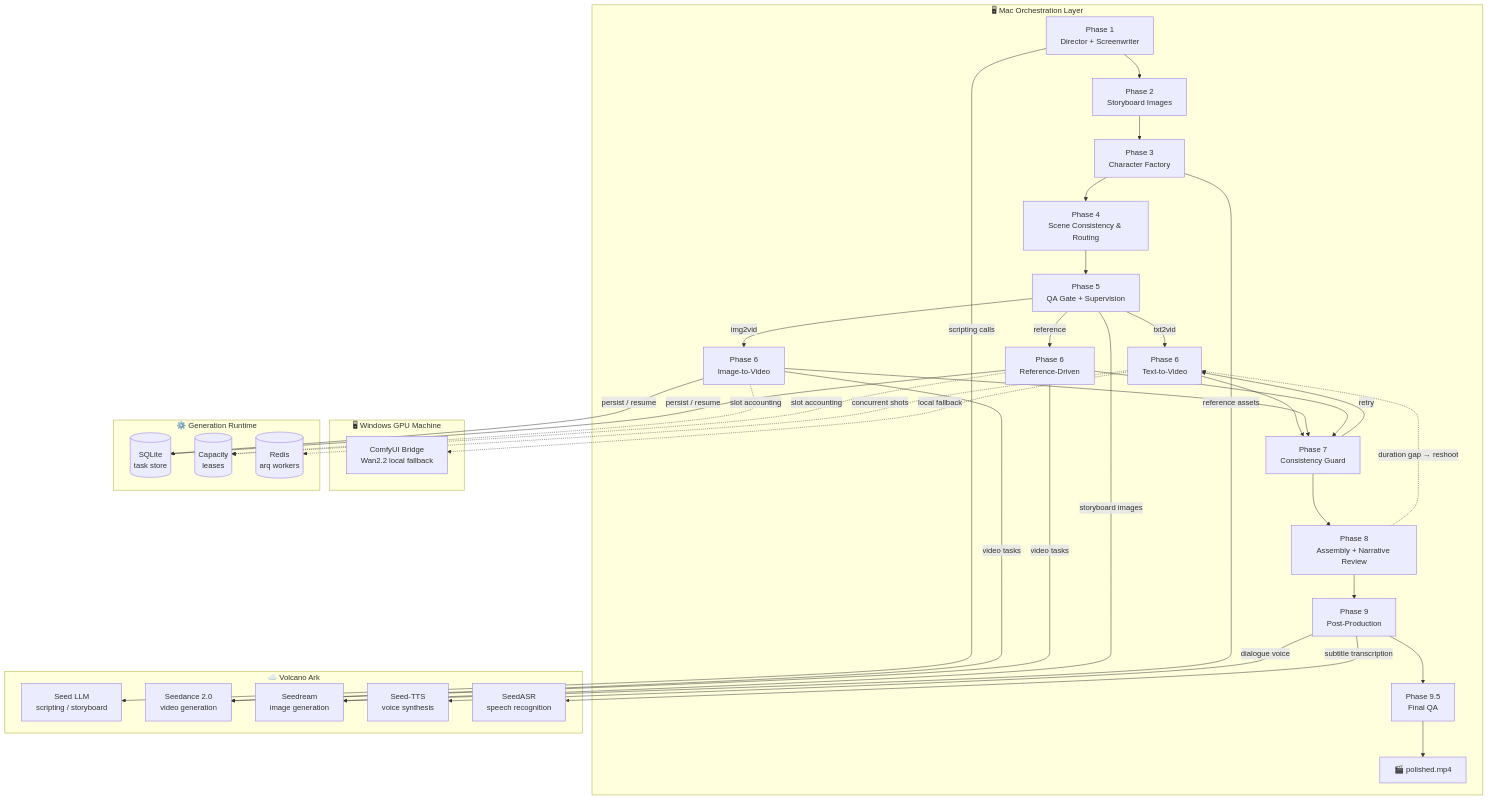
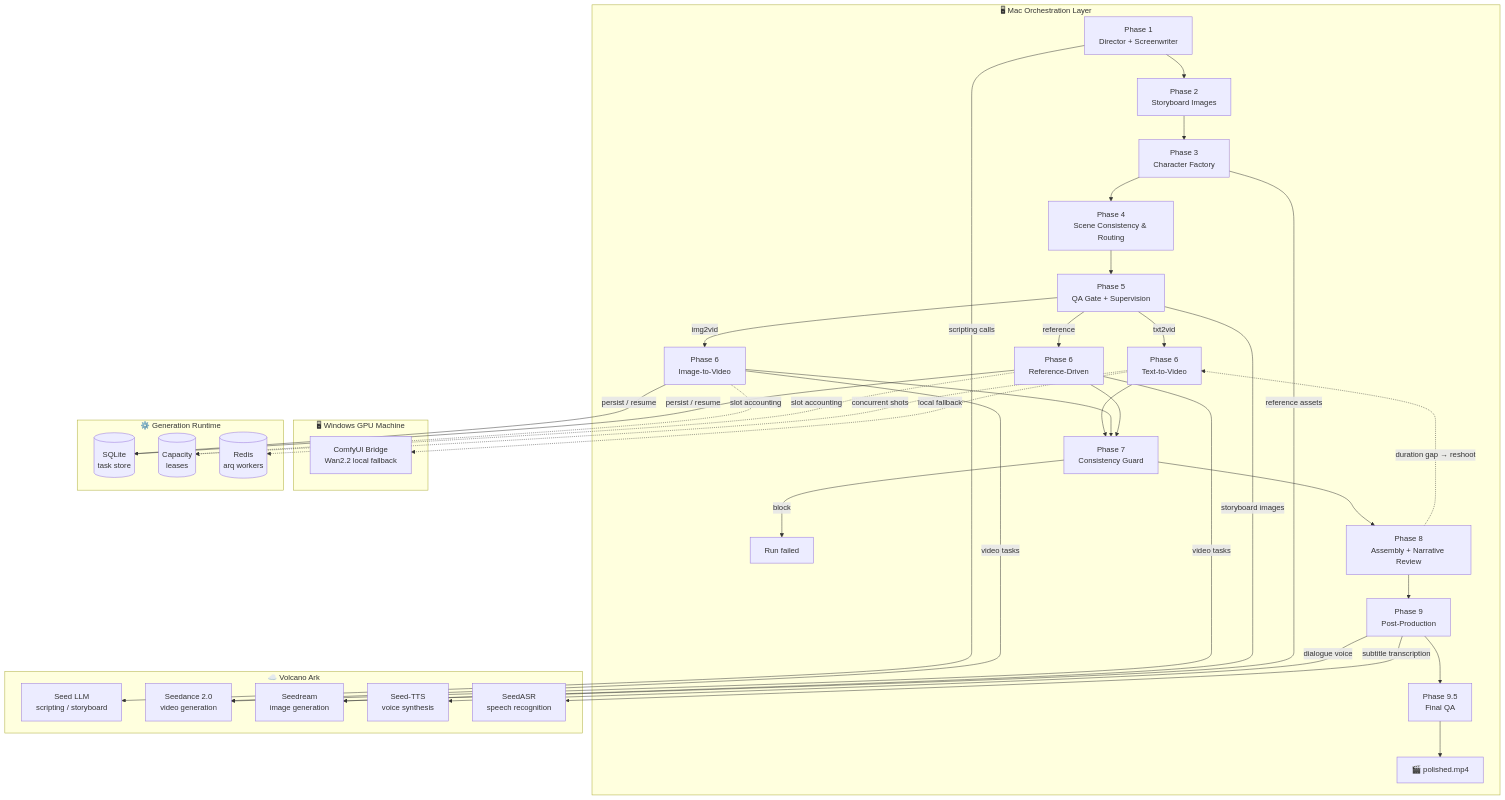
Before and after one commit to KuMaMon2019s/HonCutBag: the diagram in README.md, drawn with Mermaid. The commit also changed other lines of this file and 1 other file, not shown here.

Commit message:
docs(architecture): codify post-refactor repair boundaries

````diff
--- a/README.md
+++ b/README.md
@@ -28,54 +32,54 @@
 ```mermaid
 flowchart TB
     subgraph MAC["🖥 Mac Orchestration Layer"]
         P1[Phase 1<br/>Director + Screenwriter] --> P2[Phase 2<br/>Storyboard Images]
         P2 --> P3[Phase 3<br/>Character Factory]
         P3 --> P4[Phase 4<br/>Scene Consistency & Routing]
         P4 --> P5[Phase 5<br/>QA Gate + Supervision]
         P5 -- txt2vid --> P6A[Phase 6<br/>Text-to-Video]
         P5 -- img2vid --> P6B[Phase 6<br/>Image-to-Video]
         P5 -- reference --> P6C[Phase 6<br/>Reference-Driven]
         P6A --> P7[Phase 7<br/>Consistency Guard]
         P6B --> P7
         P6C --> P7
-        P7 -- retry --> P6A
+        P7 -- block --> STOP[Run failed]
         P7 --> P8[Phase 8<br/>Assembly + Narrative Review]
         P8 --> P9[Phase 9<br/>Post-Production]
         P9 --> P95[Phase 9.5<br/>Final QA]
         P95 --> OUT[🎬 polished.mp4]
     end
 
     subgraph WIN["🖥 Windows GPU Machine"]
         BRIDGE[ComfyUI Bridge<br/>Wan2.2 local fallback]
     end
 
     subgraph ARK["☁️ Volcano Ark"]
         LLM[Seed LLM<br/>scripting / storyboard]
         SD[Seedance 2.0<br/>video generation]
         SR[Seedream<br/>image generation]
         TTS[Seed-TTS<br/>voice synthesis]
         ASR[SeedASR<br/>speech recognition]
     end
 
     subgraph RUNTIME["⚙️ Generation Runtime"]
         TASKS[(SQLite<br/>task store)]
         CAP[(Capacity<br/>leases)]
         REDIS[(Redis<br/>arq workers)]
     end
 
     P1 -- "scripting calls" --> LLM
     P5 -- "storyboard images" --> SR
     P3 -- "reference assets" --> SR
     P6B -- "video tasks" --> SD
     P6C -- "video tasks" --> SD
     P6A -. "concurrent shots" .-> REDIS
     P6B -- "persist / resume" --> TASKS
     P6C -- "persist / resume" --> TASKS
     P6B -. "slot accounting" .-> CAP
     P6C -. "slot accounting" .-> CAP
     P6A -. "local fallback" .-> BRIDGE
     P9 -- "dialogue voice" --> TTS
     P9 -- "subtitle transcription" --> ASR
 
     P8 -. "duration gap → reshoot" .-> P6A
 ```
````
